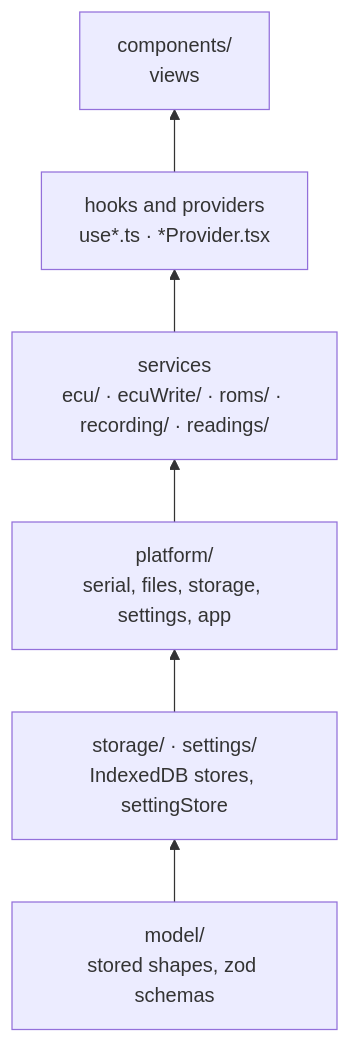
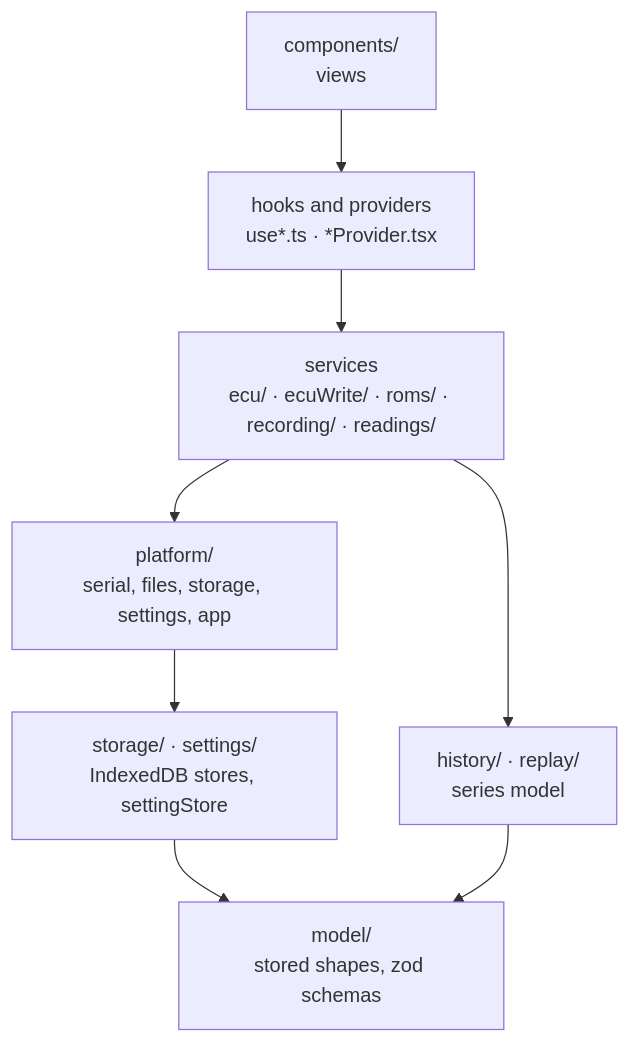
Before and after one commit to KB1RMA/14cux-gauge: the second of 3 diagrams in docs/architecture.md, drawn with Mermaid. The commit also changed other lines of this file, not shown here.

First line of the commit message:
docs: correct the architecture diagrams' lease, series and recorder edges

````diff
--- a/docs/architecture.md
+++ b/docs/architecture.md
@@ -126,11 +139,13 @@
 ```mermaid
-flowchart BT
+flowchart TB
   model["model/<br/>stored shapes, zod schemas"]
   storage["storage/ · settings/<br/>IndexedDB stores, settingStore"]
   platform["platform/<br/>serial, files, storage, settings, app"]
   svc["services<br/>ecu/ · ecuWrite/ · roms/ · recording/ · readings/"]
+  series["history/ · replay/<br/>series model"]
   hooks["hooks and providers<br/>use*.ts · *Provider.tsx"]
   components["components/<br/>views"]
 
-  model --> storage --> platform --> svc --> hooks --> components
+  components --> hooks --> svc --> platform --> storage --> model
+  svc --> series --> model
 ```
````
